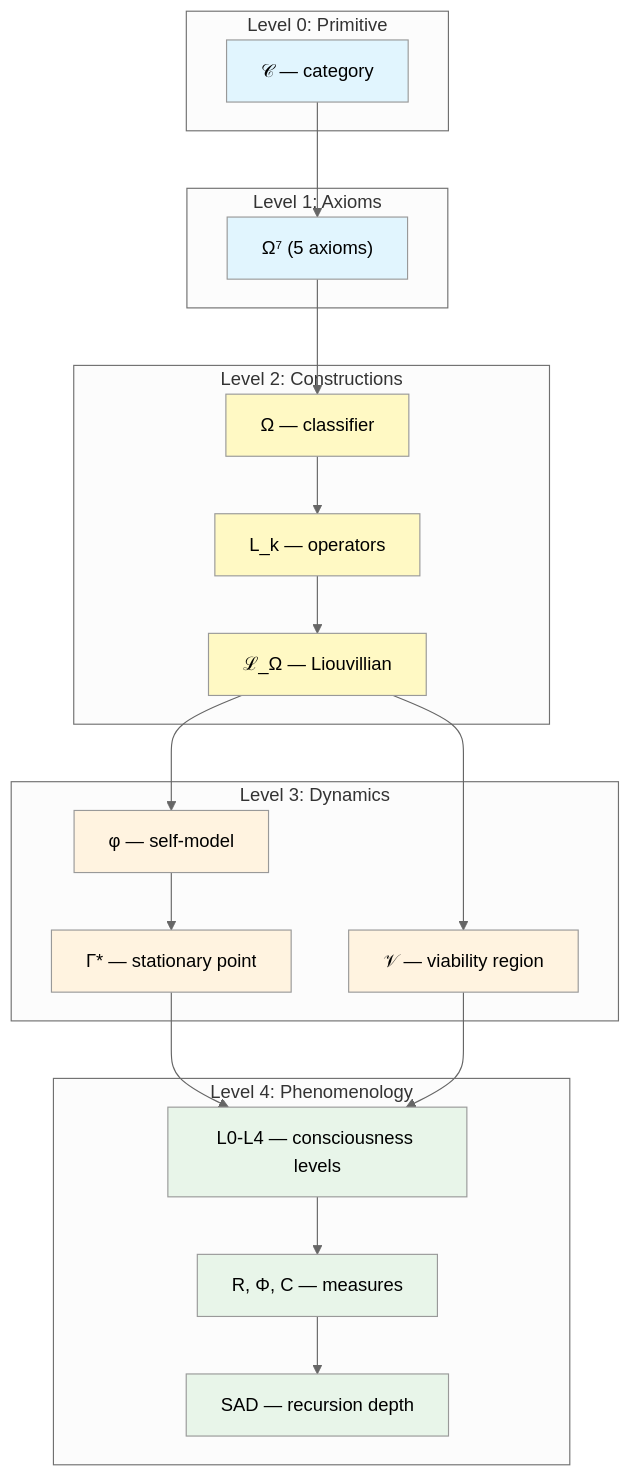
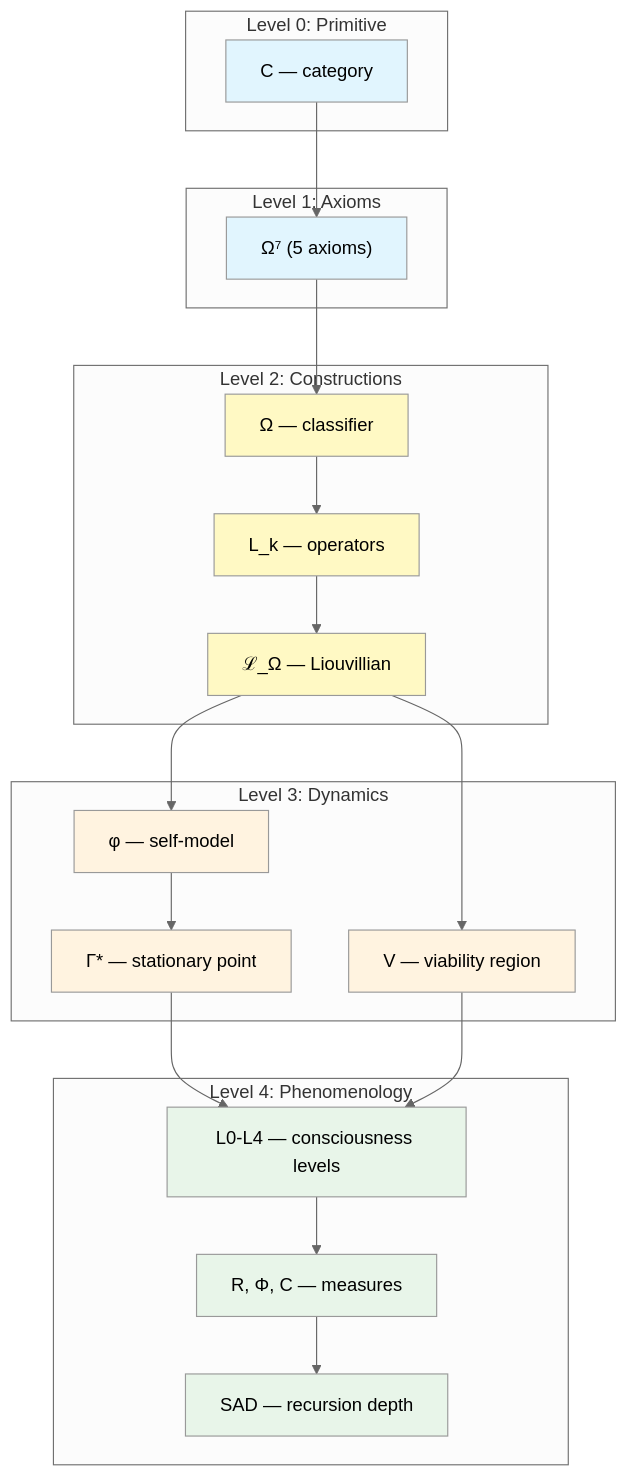
The third of 3 diagrams in website/docs/applied/coherence-cybernetics/axiomatics.md (uhm-theory/holon), drawn with Mermaid (neutral theme) before and after one commit. The commit also changed other lines of this file and 80 other files, not shown here.

````diff
--- a/website/docs/applied/coherence-cybernetics/axiomatics.md
+++ b/website/docs/applied/coherence-cybernetics/axiomatics.md
@@ -530,48 +530,48 @@
 ```mermaid
 graph TD
     subgraph "Level 0: Primitive"
-        C["𝒞 — category"]
+        C["C — category"]
     end
     subgraph "Level 1: Axioms"
         AX["Ω⁷ (5 axioms)"]
     end
     subgraph "Level 2: Constructions"
         OM["Ω — classifier"]
         LK["L_k — operators"]
         EV["ℒ_Ω — Liouvillian"]
     end
     subgraph "Level 3: Dynamics"
         PHI["φ — self-model"]
         FP["Γ* — stationary point"]
-        VIA["𝒱 — viability region"]
+        VIA["V — viability region"]
     end
     subgraph "Level 4: Phenomenology"
         CON["L0-L4 — consciousness levels"]
         REF["R, Φ, C — measures"]
         SAD["SAD — recursion depth"]
     end
 
     C --> AX
     AX --> OM
     OM --> LK
     LK --> EV
     EV --> PHI
     PHI --> FP
     EV --> VIA
     FP --> CON
     VIA --> CON
     CON --> REF
     REF --> SAD
 
     style C fill:#e1f5fe
     style AX fill:#e1f5fe
     style OM fill:#fff9c4
     style LK fill:#fff9c4
     style EV fill:#fff9c4
     style PHI fill:#fff3e0
     style FP fill:#fff3e0
     style VIA fill:#fff3e0
     style CON fill:#e8f5e9
     style REF fill:#e8f5e9
     style SAD fill:#e8f5e9
 ```
````
